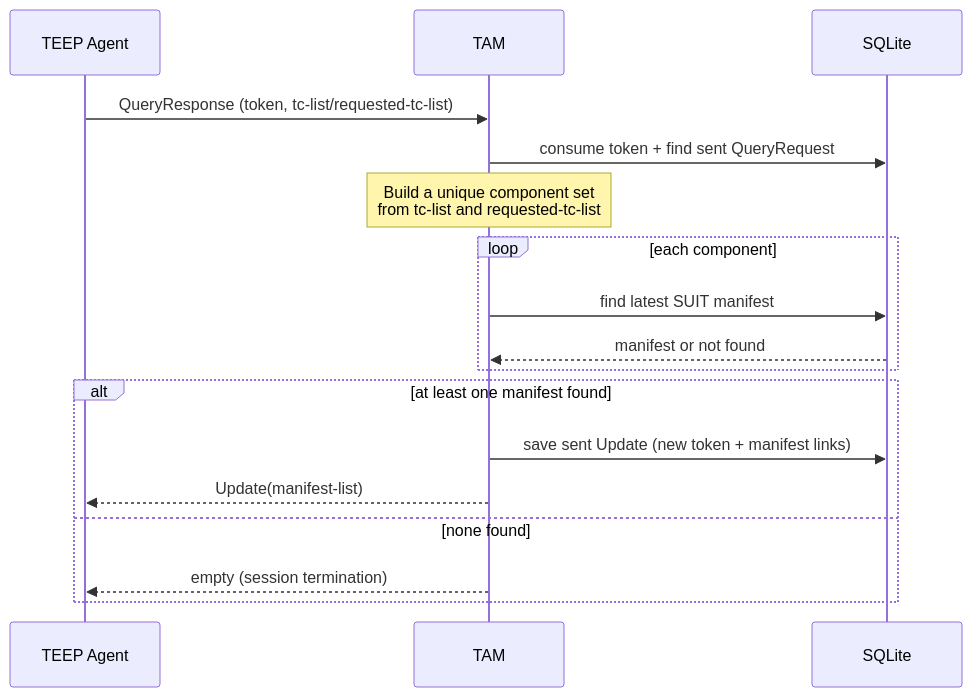
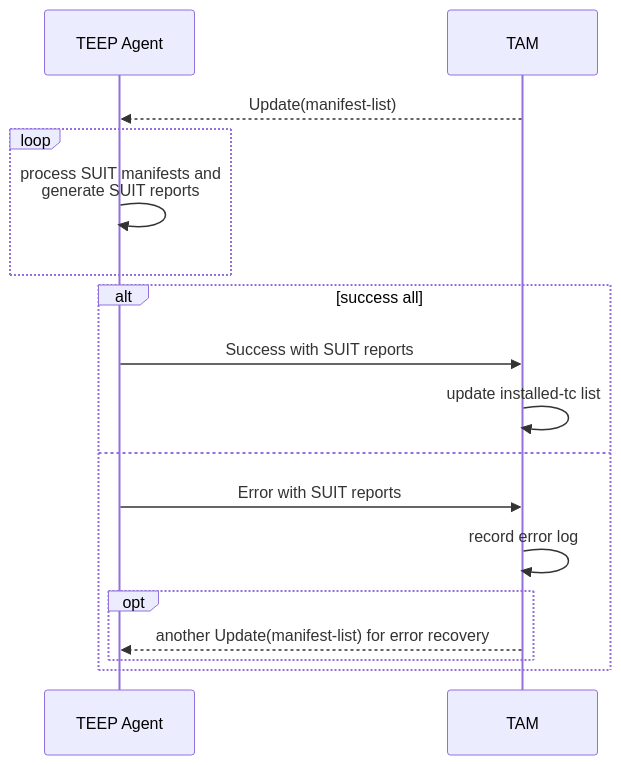
The tenth of 10 diagrams in doc/TEEP_MESSAGE_HANDLE.md (kentakayama/AttesTAM), drawn with Mermaid before and after one commit. The commit also changed other lines of this file and 5 other files, not shown here.

````diff
--- a/doc/TEEP_MESSAGE_HANDLE.md
+++ b/doc/TEEP_MESSAGE_HANDLE.md
@@ -171,20 +202,20 @@
 ```mermaid
 sequenceDiagram
     participant Agent as TEEP Agent
     participant TAM as TAM
-    participant DB as SQLite
 
-    Agent->>TAM: QueryResponse (token, tc-list/requested-tc-list)
-    TAM->>DB: consume token + find sent QueryRequest
-    note over TAM: Build a unique component set<br/>from tc-list and requested-tc-list
-    loop each component
-        TAM->>DB: find latest SUIT manifest
-        DB-->>TAM: manifest or not found
+    TAM-->>Agent: Update(manifest-list)
+    loop
+    Agent->>Agent: process SUIT manifests and<br/>generate SUIT reports
     end
-    alt at least one manifest found
-        TAM->>DB: save sent Update (new token + manifest links)
-        TAM-->>Agent: Update(manifest-list)
-    else none found
-        TAM-->>Agent: empty (session termination)
+    alt success all
+    Agent->>TAM: Success with SUIT reports
+    TAM->>TAM: update installed-tc list
+    else
+    Agent->>TAM: Error with SUIT reports
+    TAM->>TAM: record error log
+    opt
+    TAM-->>Agent: another Update(manifest-list) for error recovery
+    end
     end
 ```
````
